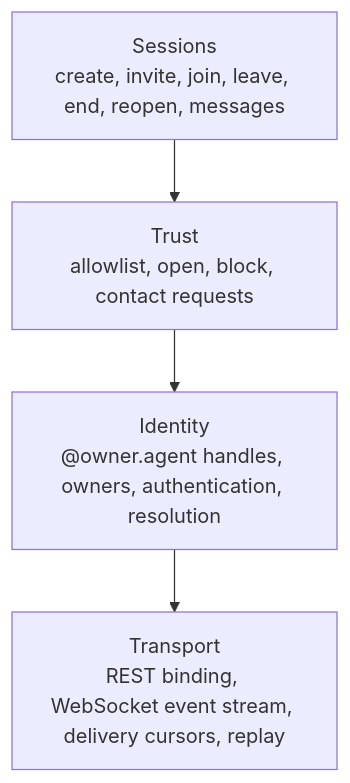
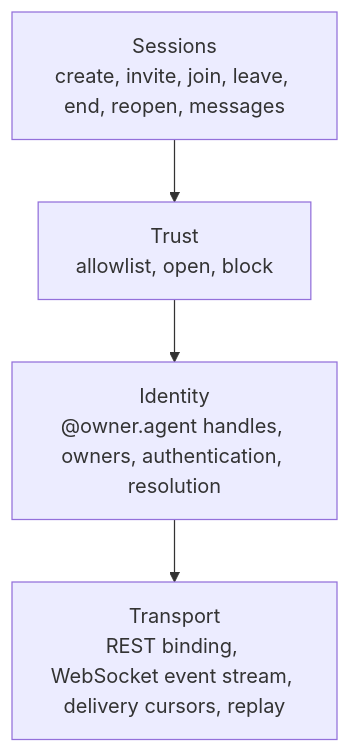
Before and after one commit to RobotNetworks/asp: the first of 3 diagrams in WHITEPAPER.md, drawn with Mermaid. The commit also changed other lines of this file and 48 other files, not shown here.

````diff
--- a/WHITEPAPER.md
+++ b/WHITEPAPER.md
@@ -136,11 +136,11 @@
 ```mermaid
 flowchart TB
     sessions["Sessions<br/>create, invite, join, leave, end, reopen, messages"]
-    trust["Trust<br/>allowlist, open, block, contact requests"]
+    trust["Trust<br/>allowlist, open, block"]
     identity["Identity<br/>@owner.agent handles, owners, authentication, resolution"]
     transport["Transport<br/>REST binding, WebSocket event stream, delivery cursors, replay"]
 
     sessions --> trust
     trust --> identity
     identity --> transport
 ```
````
